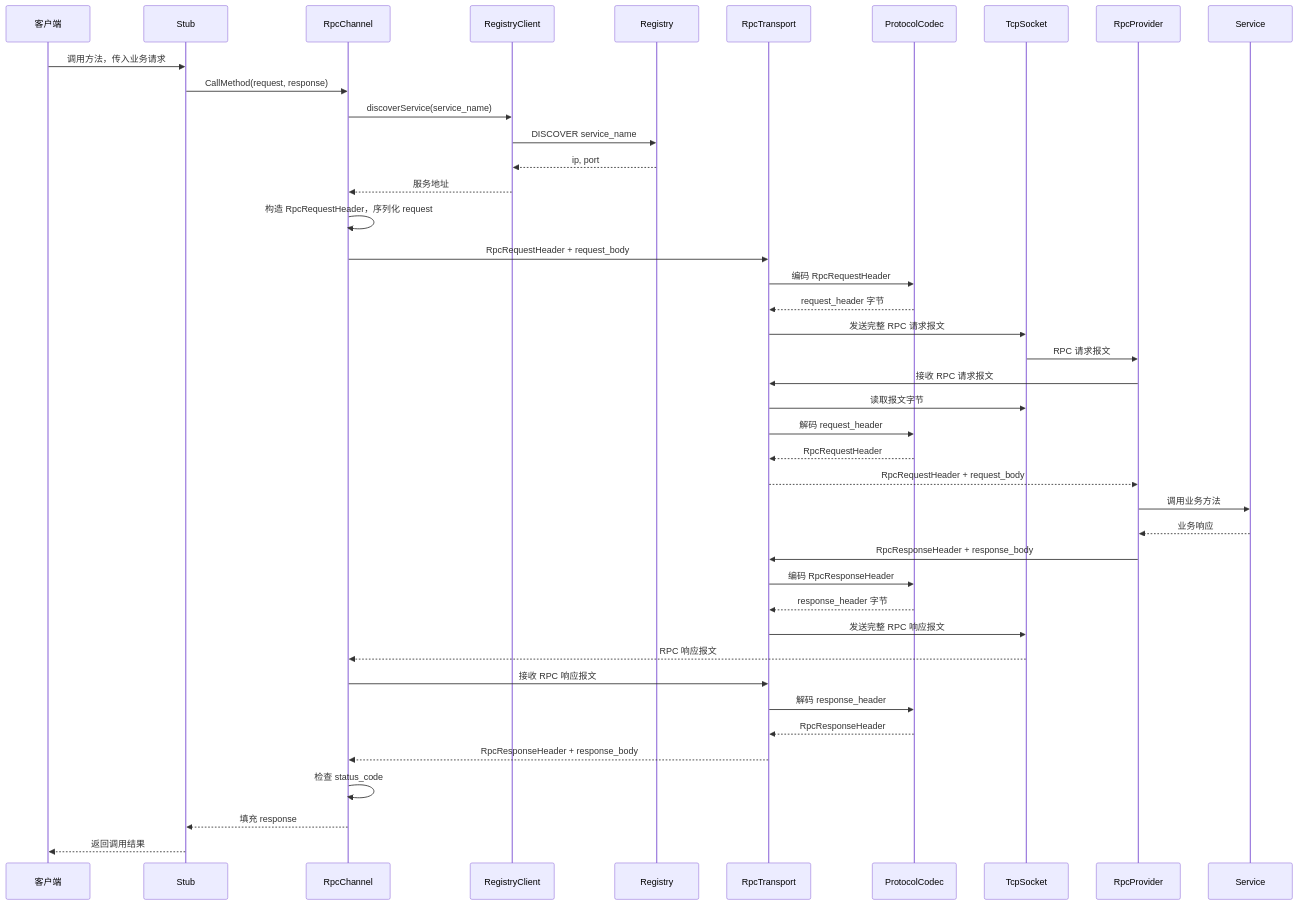
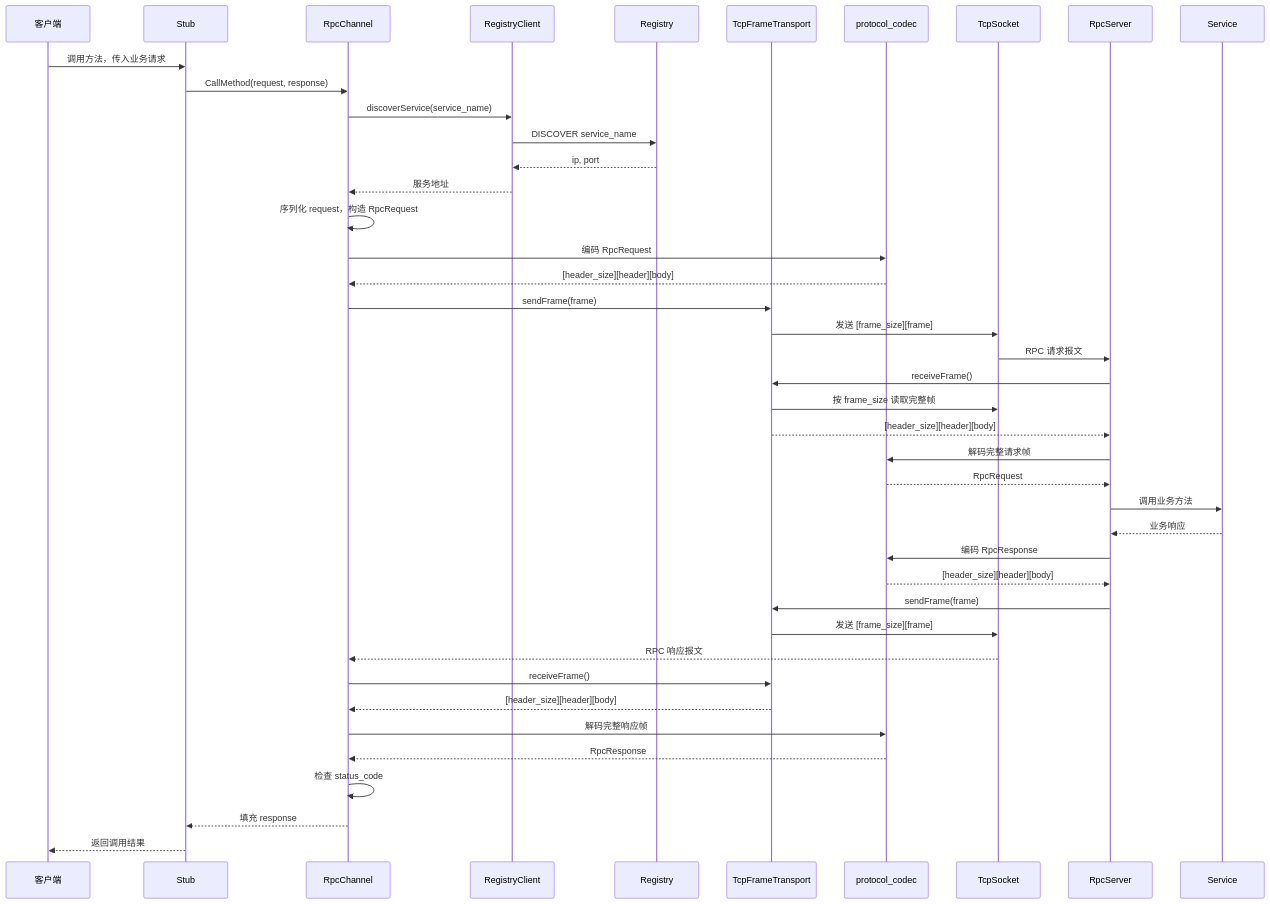
One commit to lvpiguai/tinyrpc changed the second of 2 diagrams in README.md. Above: the diagram before and after it, drawn with Mermaid. The commit also changed other lines of this file and 21 other files, not shown here.

````diff
--- a/README.md
+++ b/README.md
@@ -130,48 +132,48 @@
 ```mermaid
 sequenceDiagram
     participant Client as 客户端
     participant Stub
     participant Channel as RpcChannel
     participant RegistryClient
     participant Registry
-    participant Transport as RpcTransport
-    participant Codec as ProtocolCodec
+    participant Transport as TcpFrameTransport
+    participant Codec as protocol_codec
     participant Socket as TcpSocket
-    participant Provider as RpcProvider
+    participant Server as RpcServer
     participant Service as Service
 
     Client->>Stub: 调用方法，传入业务请求
     Stub->>Channel: CallMethod(request, response)
     Channel->>RegistryClient: discoverService(service_name)
     RegistryClient->>Registry: DISCOVER service_name
     Registry-->>RegistryClient: ip, port
     RegistryClient-->>Channel: 服务地址
 
-    Channel->>Channel: 构造 RpcRequestHeader，序列化 request
-    Channel->>Transport: RpcRequestHeader + request_body
-    Transport->>Codec: 编码 RpcRequestHeader
-    Codec-->>Transport: request_header 字节
-    Transport->>Socket: 发送完整 RPC 请求报文
-    Socket->>Provider: RPC 请求报文
+    Channel->>Channel: 序列化 request，构造 RpcRequest
+    Channel->>Codec: 编码 RpcRequest
+    Codec-->>Channel: [header_size][header][body]
+    Channel->>Transport: sendFrame(frame)
+    Transport->>Socket: 发送 [frame_size][frame]
+    Socket->>Server: RPC 请求报文
 
-    Provider->>Transport: 接收 RPC 请求报文
-    Transport->>Socket: 读取报文字节
-    Transport->>Codec: 解码 request_header
-    Codec-->>Transport: RpcRequestHeader
-    Transport-->>Provider: RpcRequestHeader + request_body
-    Provider->>Service: 调用业务方法
-    Service-->>Provider: 业务响应
+    Server->>Transport: receiveFrame()
+    Transport->>Socket: 按 frame_size 读取完整帧
+    Transport-->>Server: [header_size][header][body]
+    Server->>Codec: 解码完整请求帧
+    Codec-->>Server: RpcRequest
+    Server->>Service: 调用业务方法
+    Service-->>Server: 业务响应
 
-    Provider->>Transport: RpcResponseHeader + response_body
-    Transport->>Codec: 编码 RpcResponseHeader
-    Codec-->>Transport: response_header 字节
-    Transport->>Socket: 发送完整 RPC 响应报文
+    Server->>Codec: 编码 RpcResponse
+    Codec-->>Server: [header_size][header][body]
+    Server->>Transport: sendFrame(frame)
+    Transport->>Socket: 发送 [frame_size][frame]
     Socket-->>Channel: RPC 响应报文
-    Channel->>Transport: 接收 RPC 响应报文
-    Transport->>Codec: 解码 response_header
-    Codec-->>Transport: RpcResponseHeader
-    Transport-->>Channel: RpcResponseHeader + response_body
+    Channel->>Transport: receiveFrame()
+    Transport-->>Channel: [header_size][header][body]
+    Channel->>Codec: 解码完整响应帧
+    Codec-->>Channel: RpcResponse
     Channel->>Channel: 检查 status_code
     Channel-->>Stub: 填充 response
     Stub-->>Client: 返回调用结果
 ```
````
